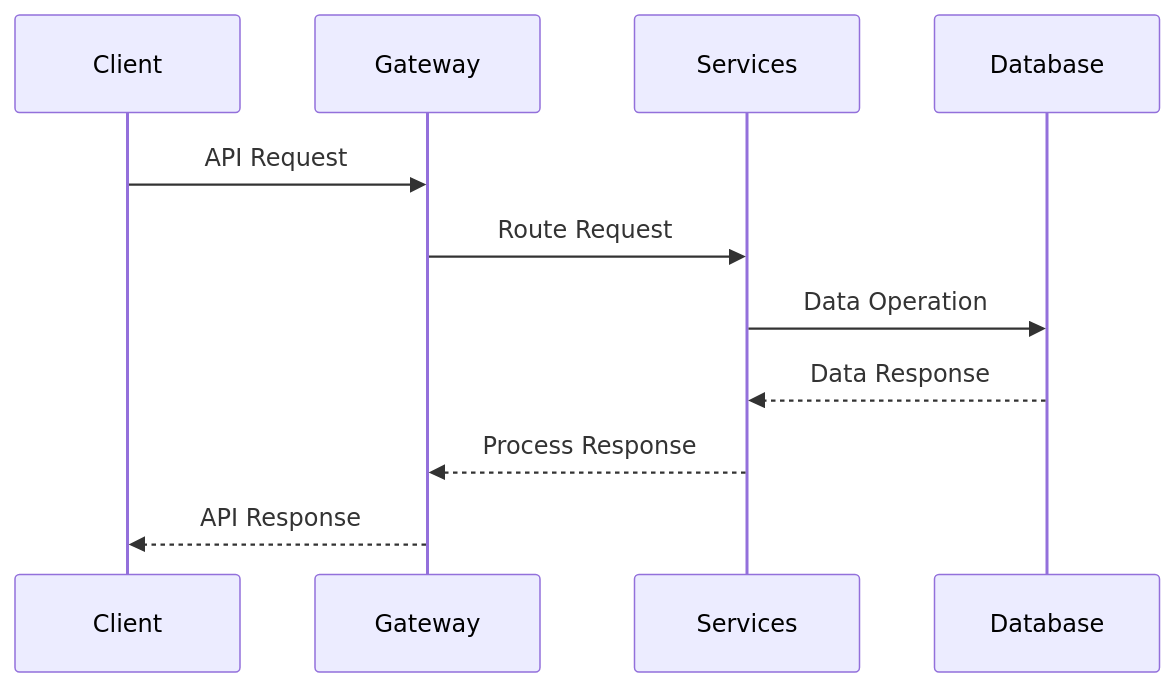
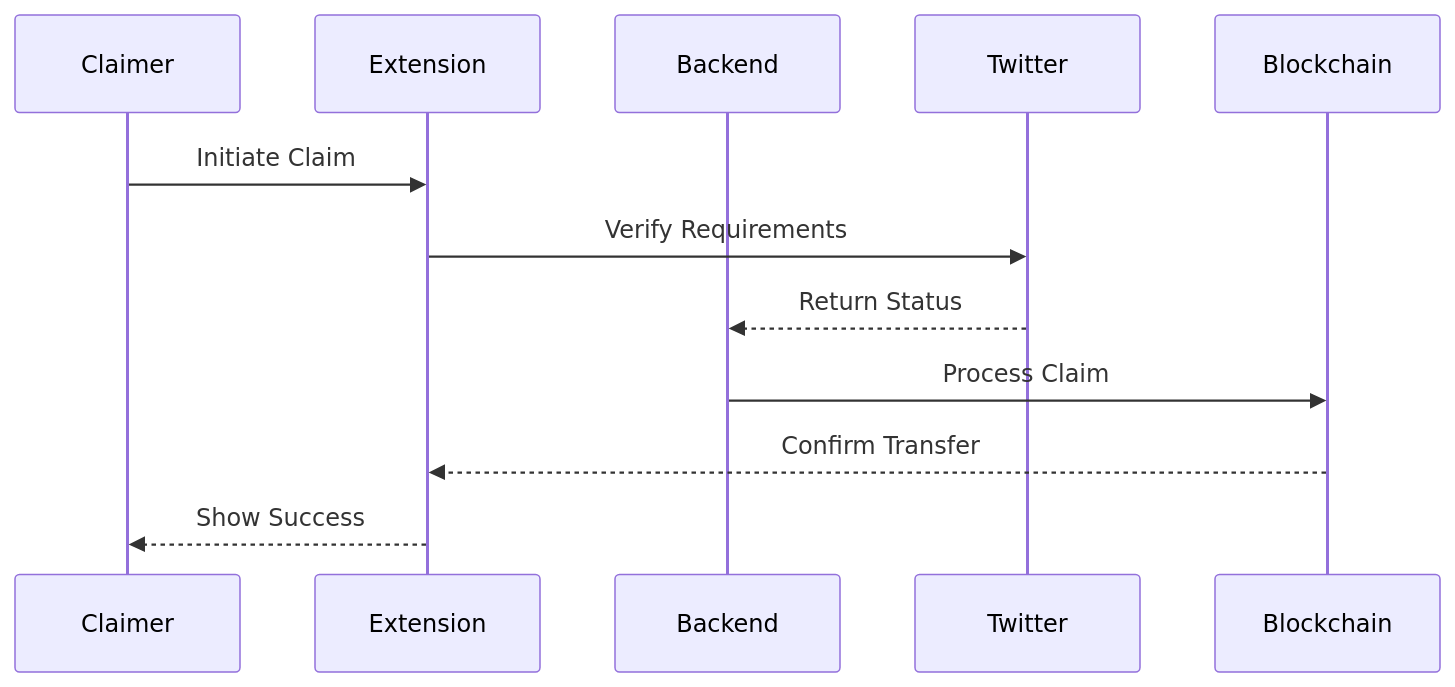
The fourth of 4 diagrams in docs/whitepaper/technical-architecture.md (MEMEFANS/memefans), drawn with Mermaid before and after one commit. The commit also changed other lines of this file and 7 other files, not shown here.

````diff
--- a/docs/whitepaper/technical-architecture.md
+++ b/docs/whitepaper/technical-architecture.md
@@ -130,14 +323,15 @@
-```mermaid
+<div class="mermaid">
 sequenceDiagram
-    participant Client
-    participant Gateway
-    participant Services
-    participant Database
-    
-    Client->>Gateway: API Request
-    Gateway->>Services: Route Request
-    Services->>Database: Data Operation
-    Database-->>Services: Data Response
-    Services-->>Gateway: Process Response
-    Gateway-->>Client: API Response
-```
+    participant Claimer
+    participant Extension
+    participant Backend
+    participant Twitter
+    participant Blockchain
+
+    Claimer->>Extension: Initiate Claim
+    Extension->>Twitter: Verify Requirements
+    Twitter-->>Backend: Return Status
+    Backend->>Blockchain: Process Claim
+    Blockchain-->>Extension: Confirm Transfer
+    Extension-->>Claimer: Show Success
+</div>
````
